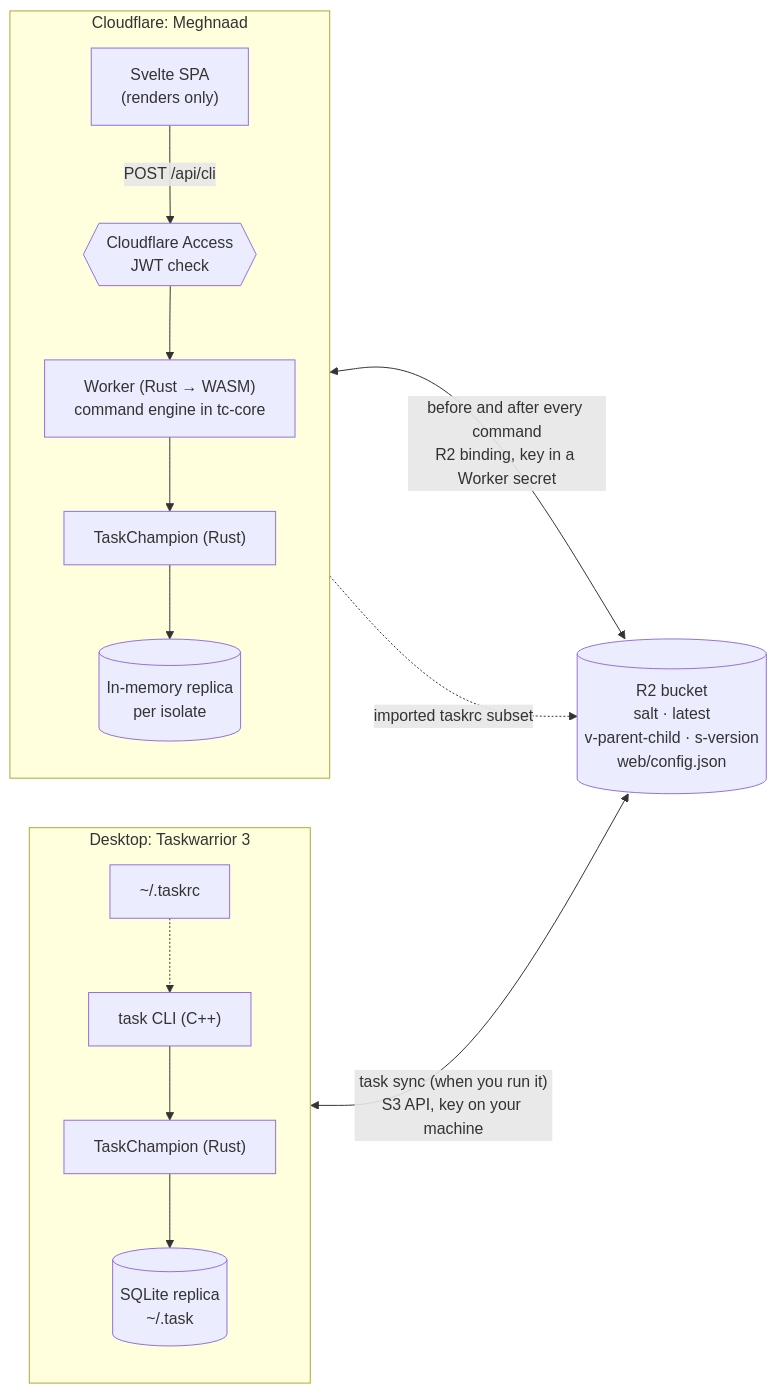
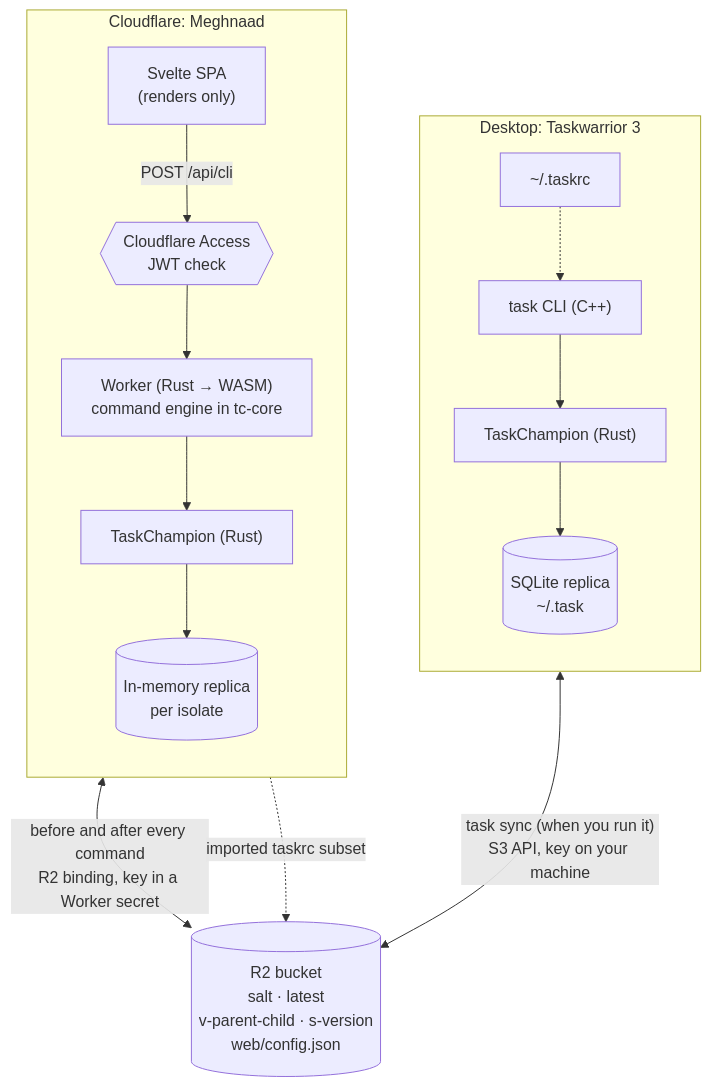
One commit to uroybd/Meghnaad changed the diagram in README.md. Above: the diagram before and after it, drawn with Mermaid.

````diff
--- a/README.md
+++ b/README.md
@@ -90,28 +90,28 @@
 ```mermaid
-flowchart LR
+flowchart TB
   subgraph desktop["Desktop: Taskwarrior 3"]
     direction TB
     cli["task CLI (C++)"]
     tcd["TaskChampion (Rust)"]
     db[("SQLite replica<br/>~/.task")]
     rc["~/.taskrc"]
     cli --> tcd --> db
     rc -.-> cli
   end
 
   subgraph web["Cloudflare: Meghnaad"]
     direction TB
     spa["Svelte SPA<br/>(renders only)"]
     access{{"Cloudflare Access<br/>JWT check"}}
     wk["Worker (Rust → WASM)<br/>command engine in tc-core"]
     tcw["TaskChampion (Rust)"]
     mem[("In-memory replica<br/>per isolate")]
     spa -- "POST /api/cli" --> access --> wk --> tcw --> mem
   end
 
   bucket[("R2 bucket<br/>salt · latest<br/>v-parent-child · s-version<br/>web/config.json")]
 
   tcd <-- "task sync (when you run it)<br/>S3 API, key on your machine" --> bucket
   tcw <-- "before and after every command<br/>R2 binding, key in a Worker secret" --> bucket
   wk -. "imported taskrc subset" .-> bucket
 ```
````
